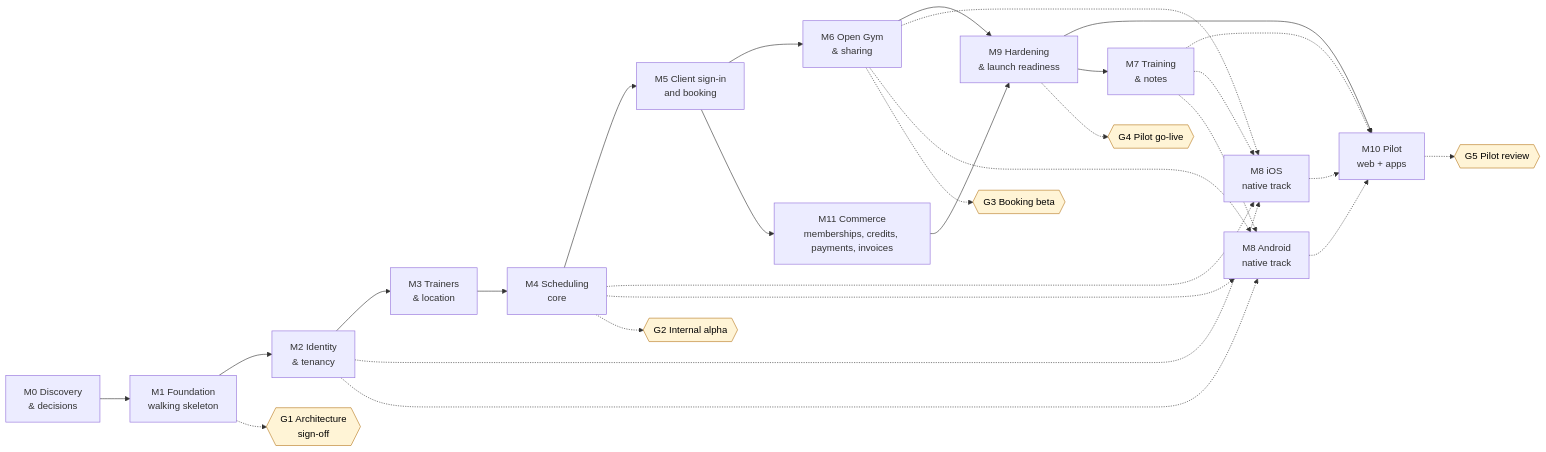
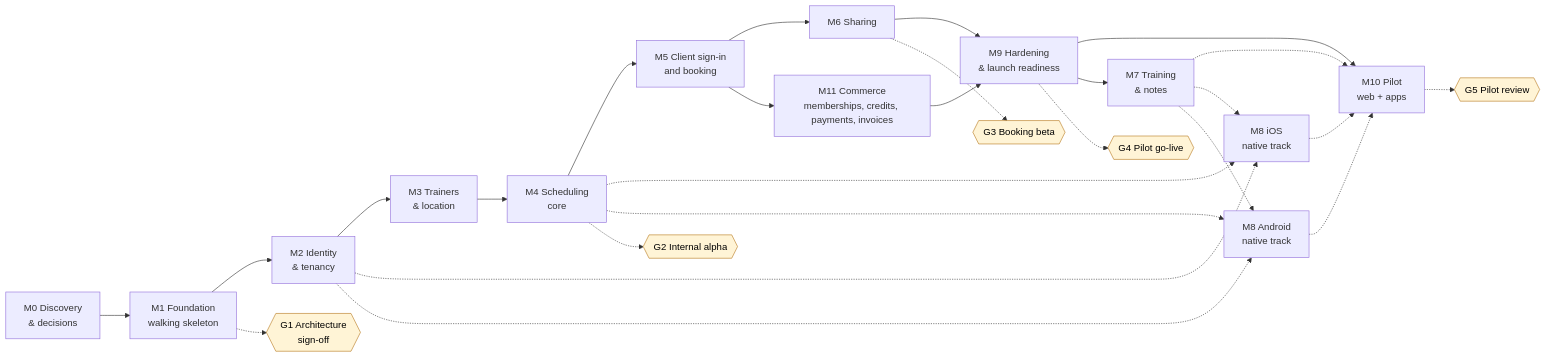
One commit to fivvi-app/fivvi changed the first of 2 diagrams in docs/product/ROADMAP.md. Above: the diagram before and after it, drawn with Mermaid. The commit also changed other lines of this file and 24 other files, not shown here.

First line of the commit message:
[E007] Open Gym later, and the owner's design answers (#605)

````diff
--- a/docs/product/ROADMAP.md
+++ b/docs/product/ROADMAP.md
@@ -83,38 +83,36 @@
 ```mermaid
 flowchart LR
   M0[M0 Discovery<br/>& decisions] --> M1[M1 Foundation<br/>walking skeleton]
   M1 --> M2[M2 Identity<br/>& tenancy]
   M2 --> M3[M3 Trainers<br/>& location]
   M3 --> M4[M4 Scheduling<br/>core]
   M4 --> M5[M5 Client sign-in<br/>and booking]
-  M5 --> M6[M6 Open Gym<br/>& sharing]
+  M5 --> M6[M6 Sharing]
   M5 --> M11[M11 Commerce<br/>memberships, credits, payments, invoices]
   M6 --> M9[M9 Hardening<br/>& launch readiness]
   M11 --> M9
   M9 --> M10[M10 Pilot<br/>web + apps]
   M9 --> M7[M7 Training<br/>& notes]
   M2 -.-> M8i[M8 iOS<br/>native track]
   M2 -.-> M8a[M8 Android<br/>native track]
   M4 -.-> M8i
   M4 -.-> M8a
-  M6 -.-> M8i
-  M6 -.-> M8a
   M7 -.-> M10
   M7 -.-> M8i
   M7 -.-> M8a
   M8i -.-> M10
   M8a -.-> M10
 
   G1{{G1 Architecture<br/>sign-off}}:::gate
   G2{{G2 Internal alpha}}:::gate
   G3{{G3 Booking beta}}:::gate
   G4{{G4 Pilot go-live}}:::gate
   G5{{G5 Pilot review}}:::gate
   M1 -.-> G1
   M4 -.-> G2
   M6 -.-> G3
   M9 -.-> G4
   M10 -.-> G5
 
   classDef gate fill:#fff4d6,stroke:#b7791f,color:#000;
 ```
````
